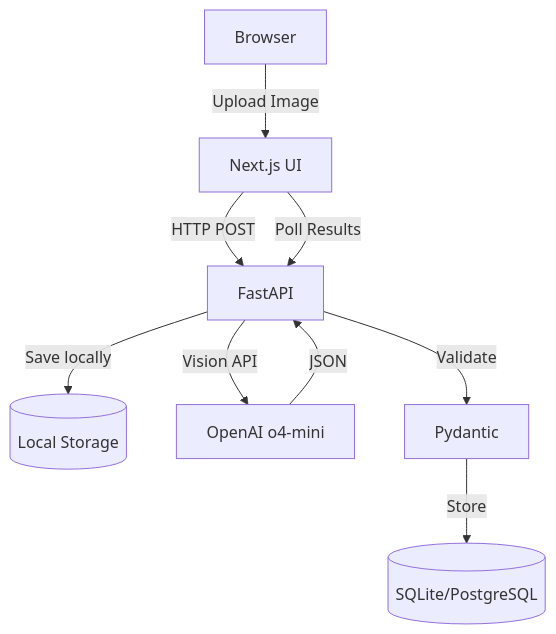
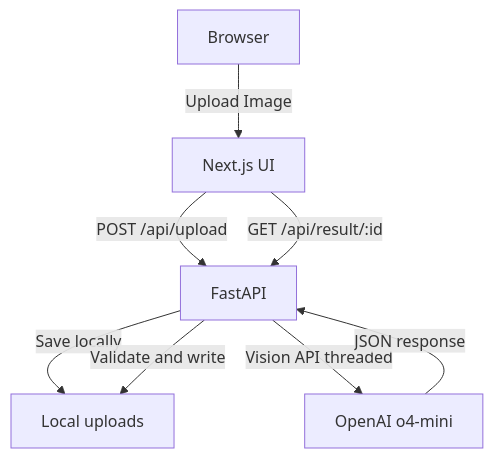
Before and after one commit to sherafyk/SFK2: the diagram in AGENTS.md, drawn with Mermaid. The commit also changed other lines of this file, not shown here.

````diff
--- a/AGENTS.md
+++ b/AGENTS.md
@@ -10,11 +10,13 @@
 ```mermaid
+
 graph TD
   U[Browser] -->|Upload Image| FE[Next.js UI]
-  FE -->|HTTP POST| BE[FastAPI]
-  BE -->|Save locally| FS[(Local Storage)]
-  BE -->|Vision API| OA[OpenAI o4-mini]
-  OA -->|JSON| BE
-  BE -->|Validate| PD[Pydantic]
-  PD -->|Store| DB[(SQLite/PostgreSQL)]
-  FE -->|Poll Results| BE
+  FE -->|POST /api/upload| BE[FastAPI]
+  BE -->|Save locally| FS[Local uploads]
+  BE -->|Vision API threaded| OA[OpenAI o4-mini]
+  OA -->|JSON response| BE
+  BE -->|Validate and write| FS
+  FE -->|GET /api/result/:id| BE
+
+
 ```
````
